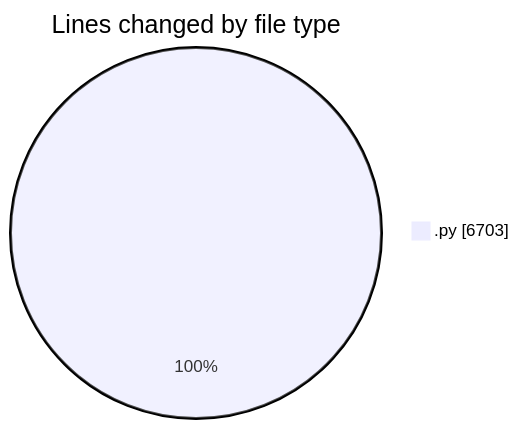
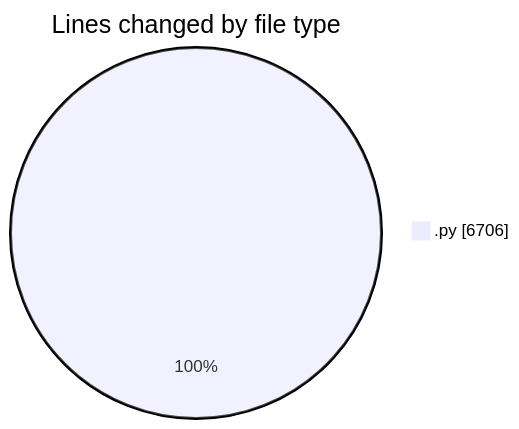
Before and after one commit to MatusMokan/code-tracking: the first of 2 diagrams in 2025-04-12/myws__workspace_/README.md, drawn with Mermaid. The commit also changed other lines of this file and 1 other file, not shown here.

````diff
--- a/2025-04-12/myws__workspace_/README.md
+++ b/2025-04-12/myws__workspace_/README.md
@@ -26,5 +26,5 @@
 ```mermaid
 pie showData
 title Lines changed by file type
-".py" : 6703
+".py" : 6706
 ```
````
